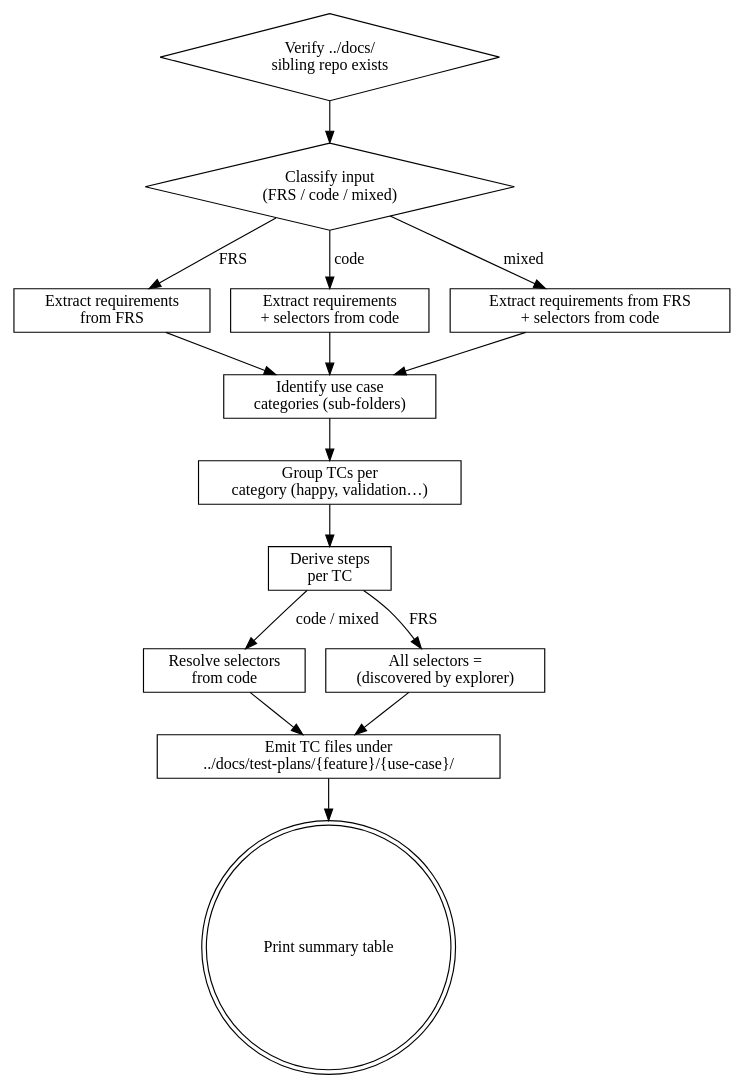
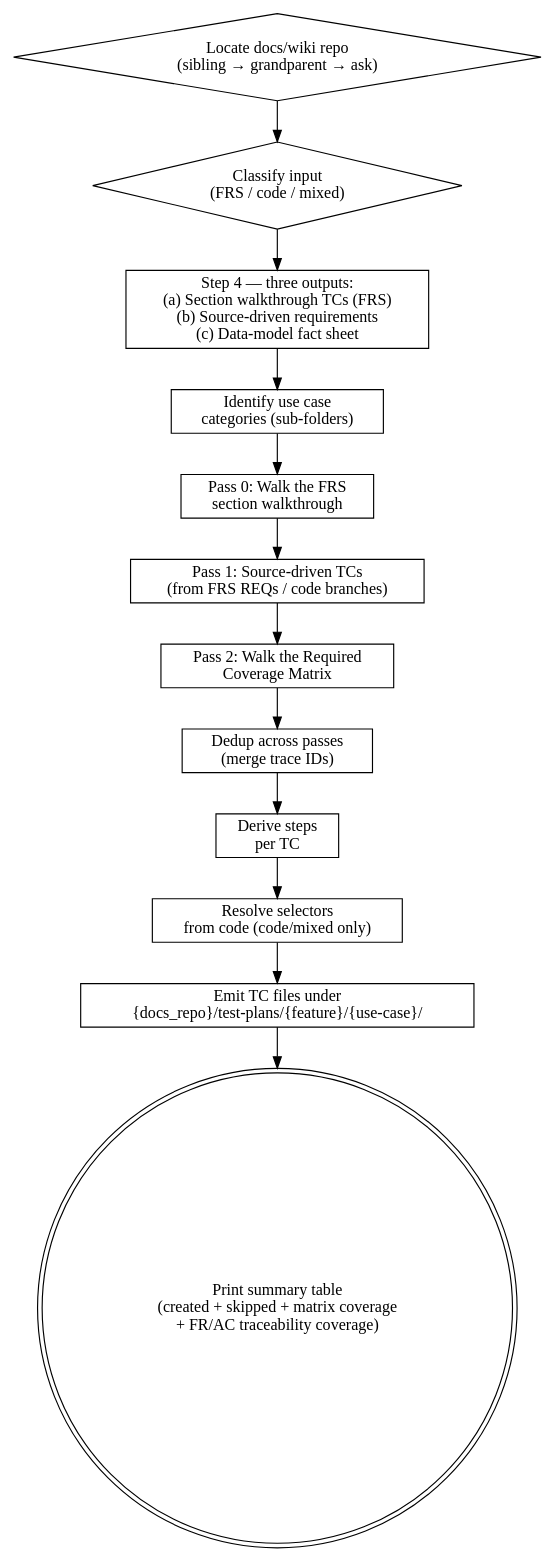
Before and after one commit to nishantvegeta/featurespecartifact: the diagram in .claude/skills/generate-test-plan/SKILL.md, drawn with Graphviz. The commit also changed other lines of this file and 74 other files, not shown here.

````diff
--- a/.claude/skills/generate-test-plan/SKILL.md
+++ b/.claude/skills/generate-test-plan/SKILL.md
@@ -171,33 +519,22 @@
 ```dot
 digraph process {
     rankdir=TB;
 
-    verify_ws [label="Verify ../docs/\nsibling repo exists" shape=diamond];
+    locate [label="Locate docs/wiki repo\n(sibling → grandparent → ask)" shape=diamond];
     classify [label="Classify input\n(FRS / code / mixed)" shape=diamond];
-    extract_frs [label="Extract requirements\nfrom FRS" shape=box];
-    extract_code [label="Extract requirements\n+ selectors from code" shape=box];
-    extract_mixed [label="Extract requirements from FRS\n+ selectors from code" shape=box];
+    extract [label="Step 4 — three outputs:\n(a) Section walkthrough TCs (FRS)\n(b) Source-driven requirements\n(c) Data-model fact sheet" shape=box];
     categories [label="Identify use case\ncategories (sub-folders)" shape=box];
-    group [label="Group TCs per\ncategory (happy, validation…)" shape=box];
+    pass0 [label="Pass 0: Walk the FRS\nsection walkthrough" shape=box];
+    pass1 [label="Pass 1: Source-driven TCs\n(from FRS REQs / code branches)" shape=box];
+    pass2 [label="Pass 2: Walk the Required\nCoverage Matrix" shape=box];
+    dedup [label="Dedup across passes\n(merge trace IDs)" shape=box];
     steps [label="Derive steps\nper TC" shape=box];
-    selectors [label="Resolve selectors\nfrom code" shape=box];
-    skip_sel [label="All selectors =\n(discovered by explorer)" shape=box];
-    emit [label="Emit TC files under\n../docs/test-plans/{feature}/{use-case}/" shape=box];
-    summary [label="Print summary table" shape=doublecircle];
+    selectors [label="Resolve selectors\nfrom code (code/mixed only)" shape=box];
+    emit [label="Emit TC files under\n{docs_repo}/test-plans/{feature}/{use-case}/" shape=box];
+    summary [label="Print summary table\n(created + skipped + matrix coverage\n+ FR/AC traceability coverage)" shape=doublecircle];
 
-    verify_ws -> classify;
-    classify -> extract_frs [label="FRS"];
-    classify -> extract_code [label="code"];
-    classify -> extract_mixed [label="mixed"];
-    extract_frs -> categories;
-    extract_code -> categories;
-    extract_mixed -> categories;
-    categories -> group;
-    group -> steps;
-    steps -> selectors [label="code / mixed"];
-    steps -> skip_sel [label="FRS"];
-    selectors -> emit;
-    skip_sel -> emit;
-    emit -> summary;
+    locate -> classify -> extract -> categories;
+    categories -> pass0 -> pass1 -> pass2 -> dedup;
+    dedup -> steps -> selectors -> emit -> summary;
 }
 ```
````
